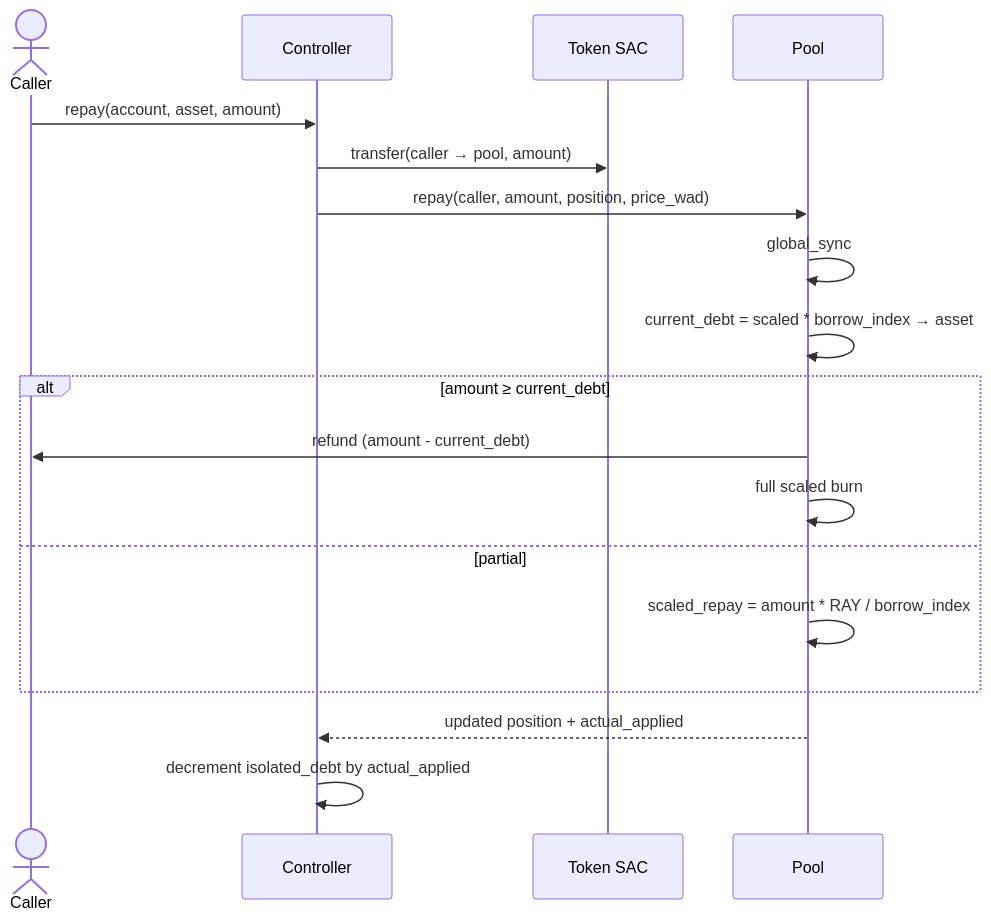
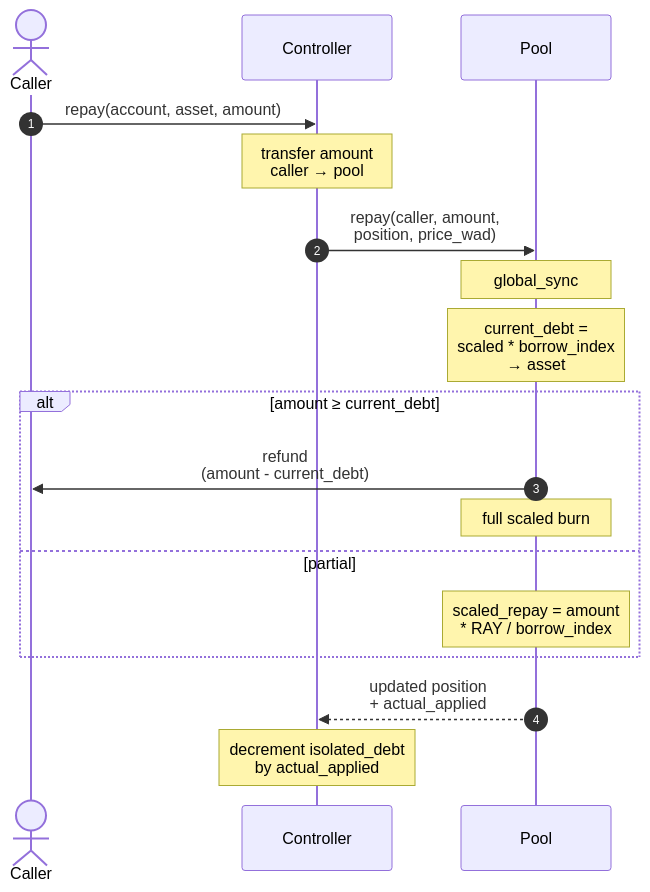
The fourth of 9 diagrams in architecture/ARCHITECTURE.md (XOXNO/rs-lending-xlm), drawn with Mermaid before and after one commit. The commit also changed other lines of this file and 118 other files, not shown here.

````diff
--- a/architecture/ARCHITECTURE.md
+++ b/architecture/ARCHITECTURE.md
@@ -198,21 +166,21 @@
 ```mermaid
 sequenceDiagram
+    autonumber
     actor R as Caller
     participant C as Controller
-    participant T as Token SAC
     participant P as Pool
 
     R->>C: repay(account, asset, amount)
-    C->>T: transfer(caller → pool, amount)
-    C->>P: repay(caller, amount, position, price_wad)
-    P->>P: global_sync
-    P->>P: current_debt = scaled * borrow_index → asset
+    Note over C: transfer amount<br/>caller → pool
+    C->>P: repay(caller, amount,<br/>position, price_wad)
+    Note over P: global_sync
+    Note over P: current_debt =<br/>scaled * borrow_index<br/>→ asset
     alt amount ≥ current_debt
-        P->>R: refund (amount - current_debt)
-        P->>P: full scaled burn
+        P->>R: refund<br/>(amount - current_debt)
+        Note over P: full scaled burn
     else partial
-        P->>P: scaled_repay = amount * RAY / borrow_index
+        Note over P: scaled_repay = amount<br/>* RAY / borrow_index
     end
-    P-->>C: updated position + actual_applied
-    C->>C: decrement isolated_debt by actual_applied
+    P-->>C: updated position<br/>+ actual_applied
+    Note over C: decrement isolated_debt<br/>by actual_applied
 ```
````
